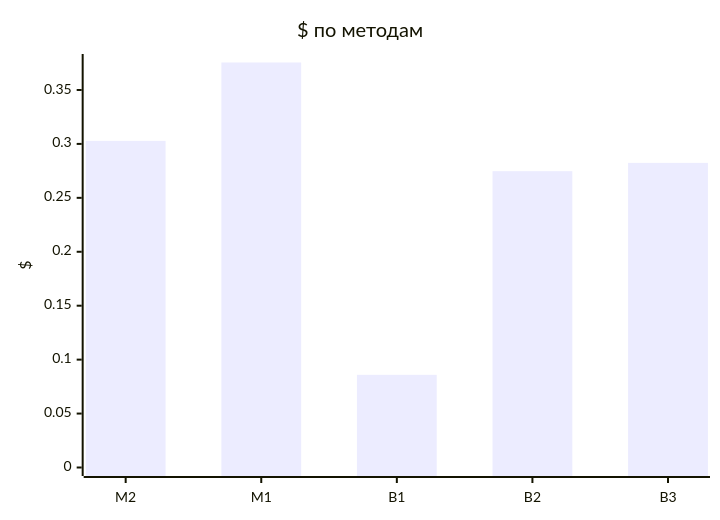
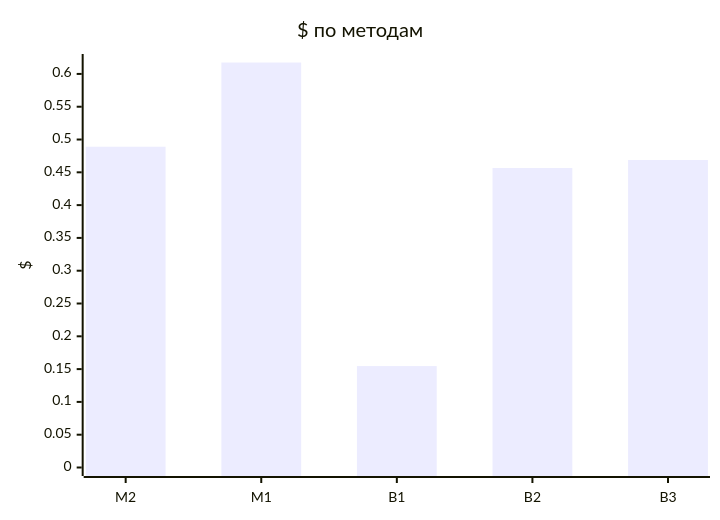
Before and after one commit to Axx-Axvd/reqgraph: the second of 2 diagrams in evals/reports/results-2026-11-05-cheap-dev-v1-cheap.md, drawn with Mermaid. The commit also changed other lines of this file and 7 other files, not shown here.

````diff
--- a/evals/reports/results-2026-11-05-cheap-dev-v1-cheap.md
+++ b/evals/reports/results-2026-11-05-cheap-dev-v1-cheap.md
@@ -58,7 +73,7 @@
 ```mermaid
 xychart-beta
     title "$ по методам"
     x-axis ["M2", "M1", "B1", "B2", "B3"]
-    y-axis "$" 0 --> 0.375469
-    bar [0.3028, 0.3755, 0.0859, 0.2747, 0.2824]
+    y-axis "$" 0 --> 0.617412
+    bar [0.489, 0.6174, 0.1546, 0.4565, 0.4688]
 ```
````
